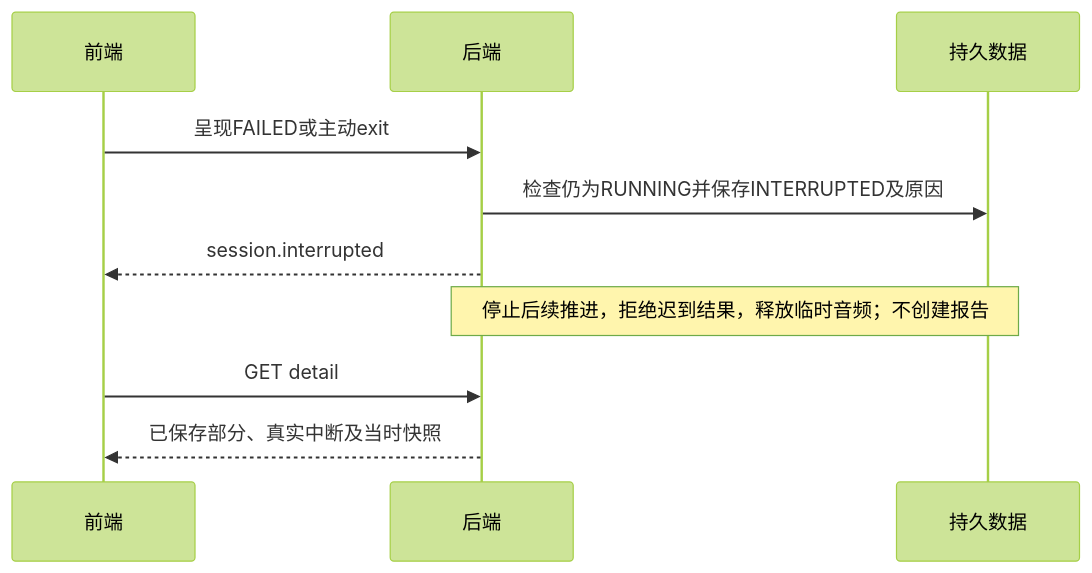
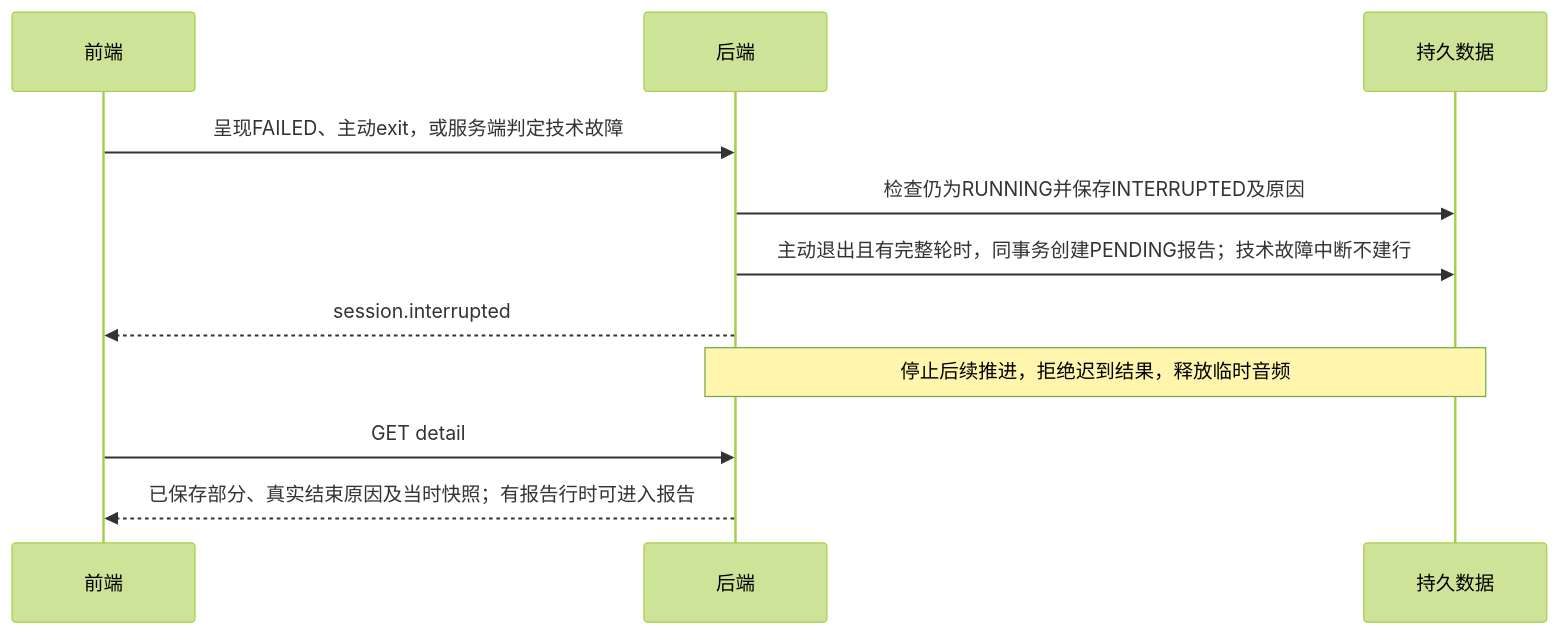
The third of 4 diagrams in docs/AI反诈情景推演平台_接口文档_V1_1.md (CARL-zhou7/AI-anti-scrm-new), drawn with Mermaid (forest theme) before and after one commit. The commit also changed other lines of this file and 131 other files, not shown here.

````diff
--- a/docs/AI反诈情景推演平台_接口文档_V1_1.md
+++ b/docs/AI反诈情景推演平台_接口文档_V1_1.md
@@ -203,12 +238,13 @@
 ```mermaid
 sequenceDiagram
   participant U as 前端
   participant B as 后端
   participant D as 持久数据
-  U->>B: 呈现FAILED或主动exit
+  U->>B: 呈现FAILED、主动exit，或服务端判定技术故障
   B->>D: 检查仍为RUNNING并保存INTERRUPTED及原因
+  B->>D: 主动退出且有完整轮时，同事务创建PENDING报告；技术故障中断不建行
   B-->>U: session.interrupted
-  Note over B,D: 停止后续推进，拒绝迟到结果，释放临时音频；不创建报告
+  Note over B,D: 停止后续推进，拒绝迟到结果，释放临时音频
   U->>B: GET detail
-  B-->>U: 已保存部分、真实中断及当时快照
+  B-->>U: 已保存部分、真实结束原因及当时快照；有报告行时可进入报告
 ```
````
